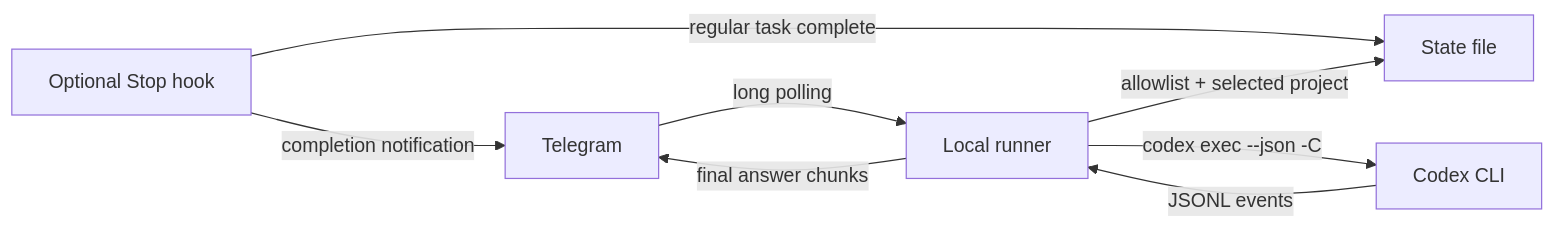
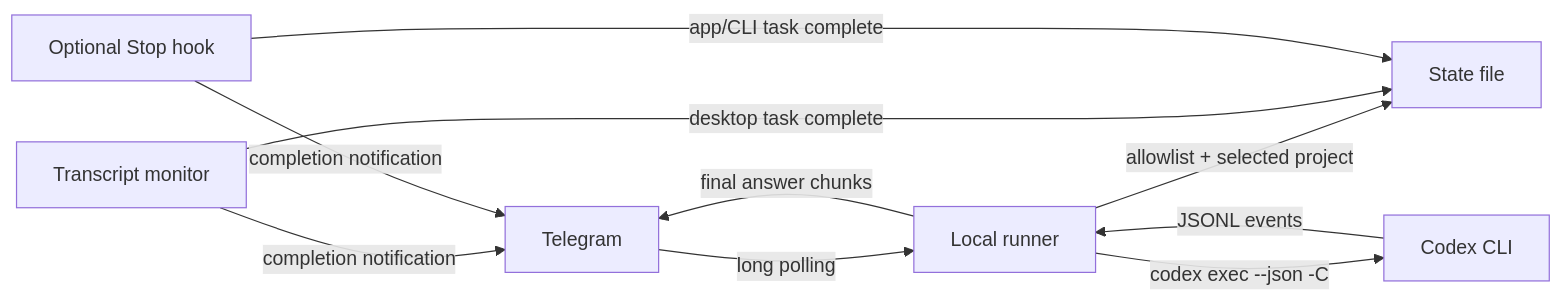
Before and after one commit to davemessew/codex-telegram-remote: the diagram in README.md, drawn with Mermaid. The commit also changed other lines of this file and 17 other files, not shown here.

Commit message:
fix: monitor desktop completions

````diff
--- a/README.md
+++ b/README.md
@@ -206,10 +206,12 @@
 ```mermaid
 flowchart LR
   T["Telegram"] -->|"long polling"| R["Local runner"]
   R -->|"allowlist + selected project"| S["State file"]
   R -->|"codex exec --json -C <project>"| C["Codex CLI"]
   C -->|"JSONL events"| R
   R -->|"final answer chunks"| T
-  H["Optional Stop hook"] -->|"regular task complete"| S
+  M["Transcript monitor"] -->|"desktop task complete"| S
+  M -->|"completion notification"| T
+  H["Optional Stop hook"] -->|"app/CLI task complete"| S
   H -->|"completion notification"| T
 ```
````
